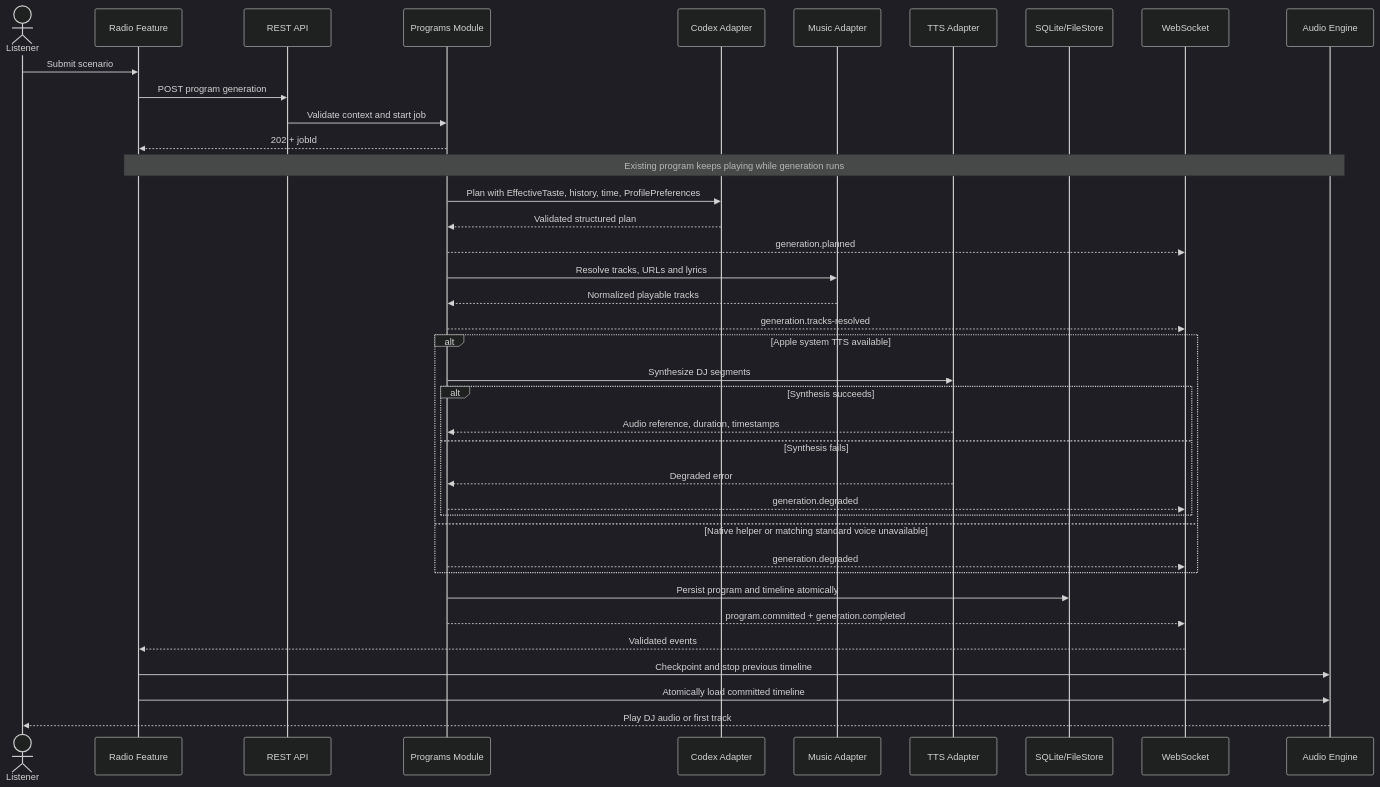
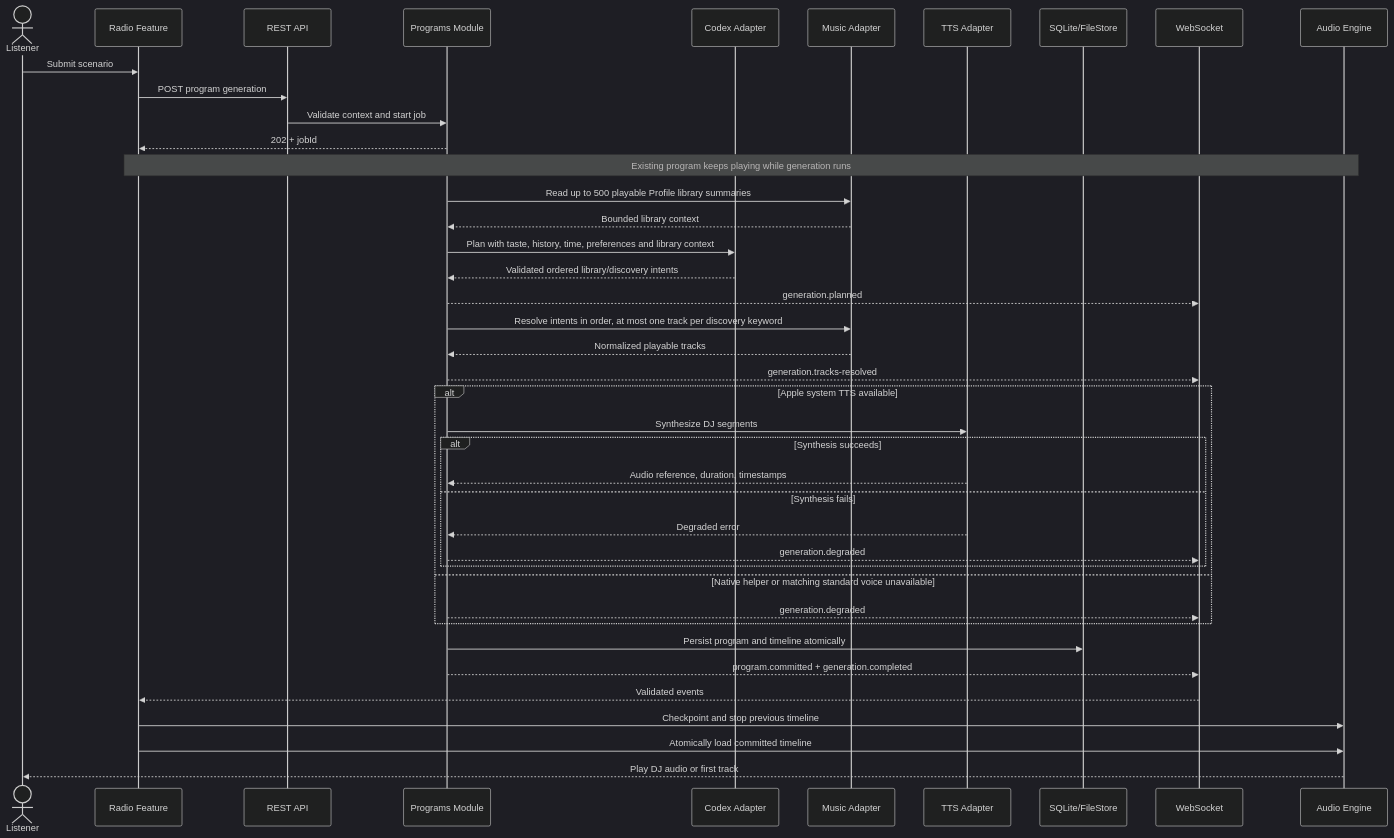
The third of 8 diagrams in architecture.md (komochi007/koradio), drawn with Mermaid (dark theme) before and after one commit. The commit also changed other lines of this file and 14 other files, not shown here.

````diff
--- a/architecture.md
+++ b/architecture.md
@@ -124,41 +124,43 @@
 ```mermaid
 sequenceDiagram
     actor U as Listener
     participant W as Radio Feature
     participant A as REST API
     participant P as Programs Module
     participant C as Codex Adapter
     participant M as Music Adapter
     participant T as TTS Adapter
     participant D as SQLite/FileStore
     participant E as WebSocket
     participant X as Audio Engine
     U->>W: Submit scenario
     W->>A: POST program generation
     A->>P: Validate context and start job
     P-->>W: 202 + jobId
     Note over W,X: Existing program keeps playing while generation runs
-    P->>C: Plan with EffectiveTaste, history, time, ProfilePreferences
-    C-->>P: Validated structured plan
+    P->>M: Read up to 500 playable Profile library summaries
+    M-->>P: Bounded library context
+    P->>C: Plan with taste, history, time, preferences and library context
+    C-->>P: Validated ordered library/discovery intents
     P-->>E: generation.planned
-    P->>M: Resolve tracks, URLs and lyrics
+    P->>M: Resolve intents in order, at most one track per discovery keyword
     M-->>P: Normalized playable tracks
     P-->>E: generation.tracks-resolved
     alt Apple system TTS available
         P->>T: Synthesize DJ segments
         alt Synthesis succeeds
             T-->>P: Audio reference, duration, timestamps
         else Synthesis fails
             T-->>P: Degraded error
             P-->>E: generation.degraded
         end
     else Native helper or matching standard voice unavailable
         P-->>E: generation.degraded
     end
     P->>D: Persist program and timeline atomically
     P-->>E: program.committed + generation.completed
     E-->>W: Validated events
     W->>X: Checkpoint and stop previous timeline
     W->>X: Atomically load committed timeline
     X-->>U: Play DJ audio or first track
 ```
````
